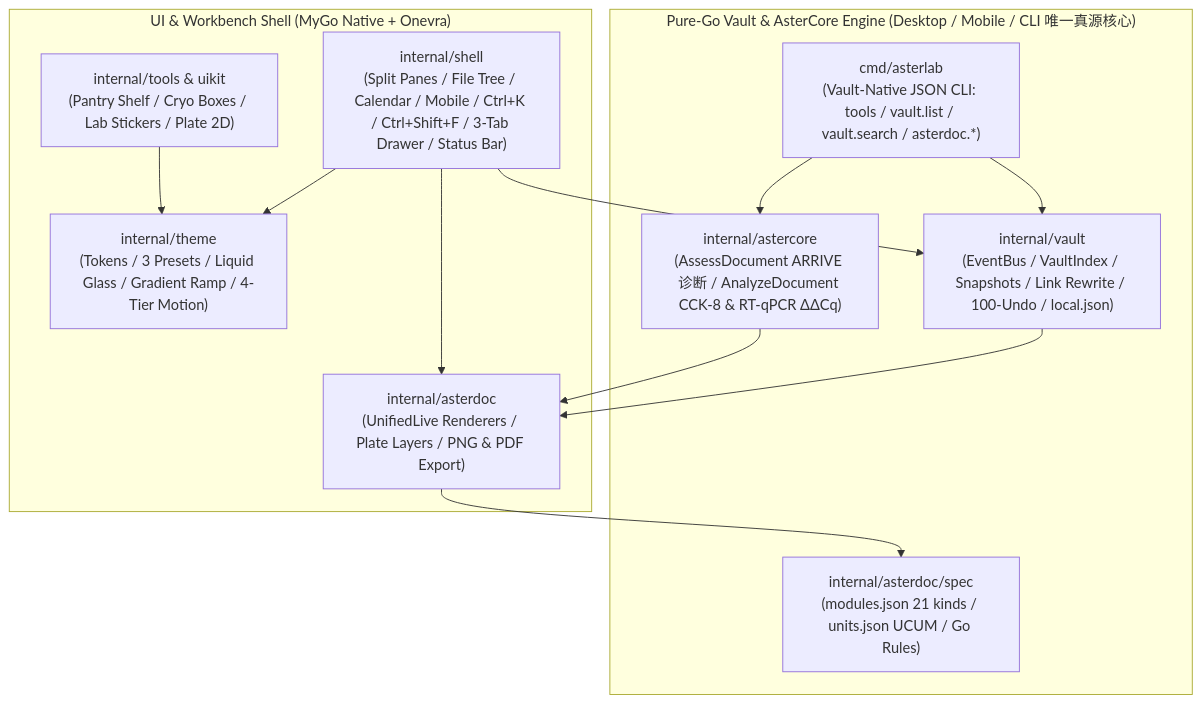
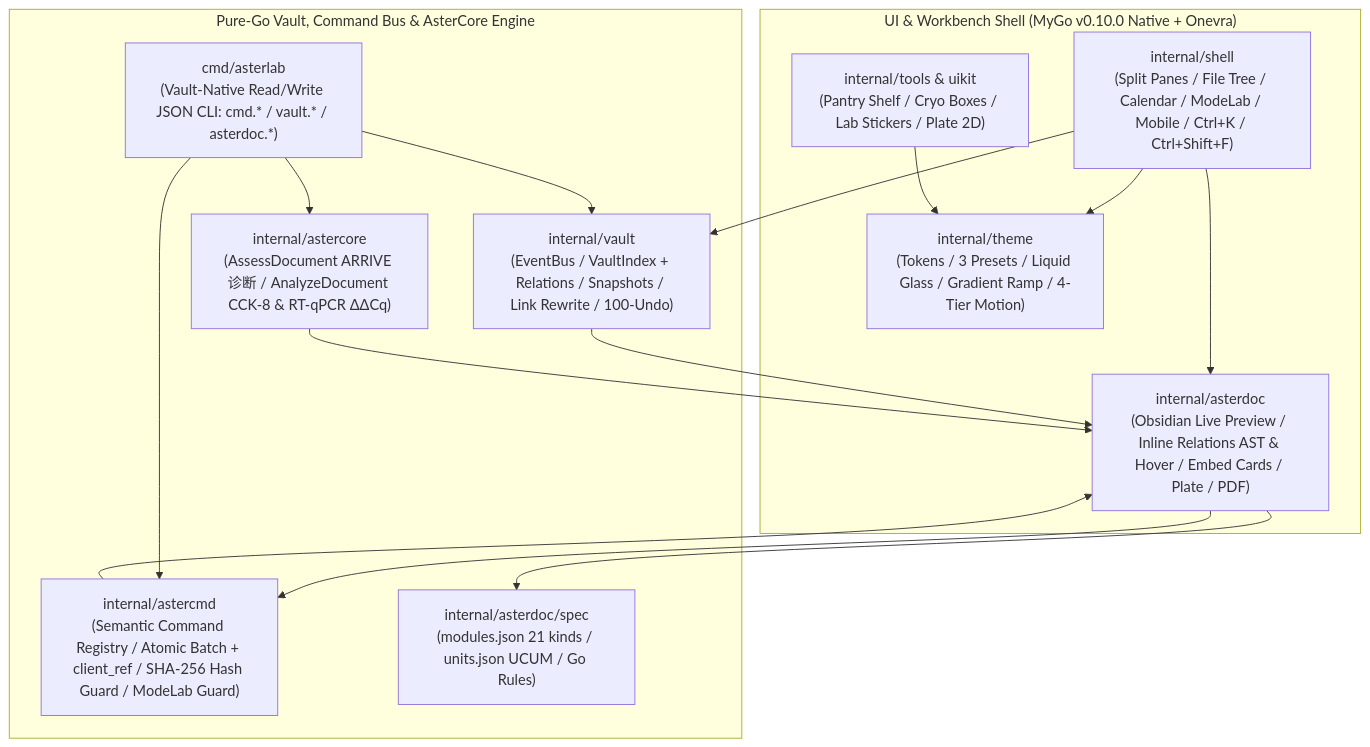
One commit to LLLin000/AsterLab changed the diagram in docs/handbook/architecture.md. Above: the diagram before and after it, drawn with Mermaid. The commit also changed other lines of this file and 196 other files, not shown here.

First line of the commit message:
feat(asterdoc,nlengine): SciGraph reactive scientific engine, v1.3.0 ONNX NL router, plate layout engine, and 5-discipline suite (#191)

````diff
--- a/docs/handbook/architecture.md
+++ b/docs/handbook/architecture.md
@@ -11,26 +11,30 @@
 ```mermaid
 flowchart TB
-  subgraph UI["UI & Workbench Shell (MyGo Native + Onevra)"]
-    Shell["internal/shell<br/>(Split Panes / File Tree / Calendar / Mobile / Ctrl+K / Ctrl+Shift+F / 3-Tab Drawer / Status Bar)"]
+  subgraph UI["UI & Workbench Shell (MyGo v0.10.0 Native + Onevra)"]
+    Shell["internal/shell<br/>(Split Panes / File Tree / Calendar / ModeLab / Mobile / Ctrl+K / Ctrl+Shift+F)"]
     Theme["internal/theme<br/>(Tokens / 3 Presets / Liquid Glass / Gradient Ramp / 4-Tier Motion)"]
-    DocUI["internal/asterdoc<br/>(UnifiedLive Renderers / Plate Layers / PNG & PDF Export)"]
+    DocUI["internal/asterdoc<br/>(Obsidian Live Preview / Inline Relations AST & Hover / Embed Cards / Plate / PDF)"]
     Tools["internal/tools & uikit<br/>(Pantry Shelf / Cryo Boxes / Lab Stickers / Plate 2D)"]
   end
 
-  subgraph Engine["Pure-Go Vault & AsterCore Engine (Desktop / Mobile / CLI 唯一真源核心)"]
-    Vault["internal/vault<br/>(EventBus / VaultIndex / Snapshots / Link Rewrite / 100-Undo / local.json)"]
+  subgraph Engine["Pure-Go Vault, Command Bus & AsterCore Engine"]
+    Cmd["internal/astercmd<br/>(Semantic Command Registry / Atomic Batch + client_ref / SHA-256 Hash Guard / ModeLab Guard)"]
+    Vault["internal/vault<br/>(EventBus / VaultIndex + Relations / Snapshots / Link Rewrite / 100-Undo)"]
     Core["internal/astercore<br/>(AssessDocument ARRIVE 诊断 / AnalyzeDocument CCK-8 & RT-qPCR ΔΔCq)"]
-    CLI["cmd/asterlab<br/>(Vault-Native JSON CLI: tools / vault.list / vault.search / asterdoc.*)"]
+    CLI["cmd/asterlab<br/>(Vault-Native Read/Write JSON CLI: cmd.* / vault.* / asterdoc.*)"]
     Spec["internal/asterdoc/spec<br/>(modules.json 21 kinds / units.json UCUM / Go Rules)"]
   end
 
   Shell --> Theme
   Shell --> Vault
+  Shell --> DocUI
   DocUI --> Spec
-  Shell --> DocUI
+  DocUI --> Cmd
+  Cmd --> DocUI
   Tools --> Theme
   Vault --> DocUI
   Core --> DocUI
   CLI --> Vault
+  CLI --> Cmd
   CLI --> Core
 ```
````
